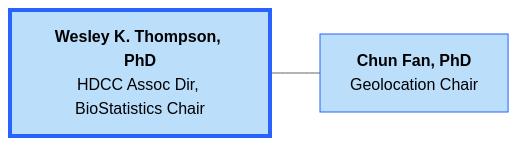
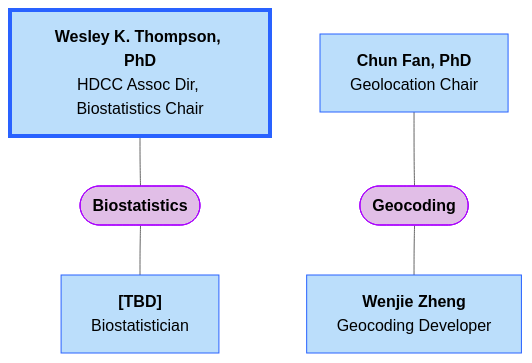
The second of 3 diagrams in docs/orgcharts.md (DCAN-Labs/hbcd-docs-internal), drawn with Mermaid (neutral theme) before and after one commit. The commit also changed other lines of this file, not shown here.

````diff
--- a/docs/orgcharts.md
+++ b/docs/orgcharts.md
@@ -847,6 +847,13 @@
 ```mermaid
-flowchart LR
-    n16["<b>Wesley K. Thompson, PhD</b><br>HDCC Assoc Dir, BioStatistics Chair"] --- n17["<b>Chun Fan, PhD</b><br>Geolocation Chair"]
+flowchart TB
+    n16["<b>Wesley K. Thompson, PhD</b><br>HDCC Assoc Dir, Biostatistics Chair"] --- n20(["<b>Biostatistics</b>"])
+    n20 --- n18["<b>[TBD]</b><br>Biostatistician"]
+    n17["<b>Chun Fan, PhD</b><br>Geolocation Chair"] --- n21(["<b>Geocoding</b>"])
+    n21 --- n19["<b>Wenjie Zheng</b><br>Geocoding Developer"]
     style n16 fill:#BBDEFB,stroke:#2962FF,stroke-width:4px
+    style n20 fill:#E1BEE7,stroke:#AA00FF
+    style n18 fill:#BBDEFB,stroke:#2962FF
     style n17 fill:#BBDEFB,stroke:#2962FF
+    style n21 stroke:#AA00FF,fill:#E1BEE7
+    style n19 fill:#BBDEFB,stroke:#2962FF
 ```
````
